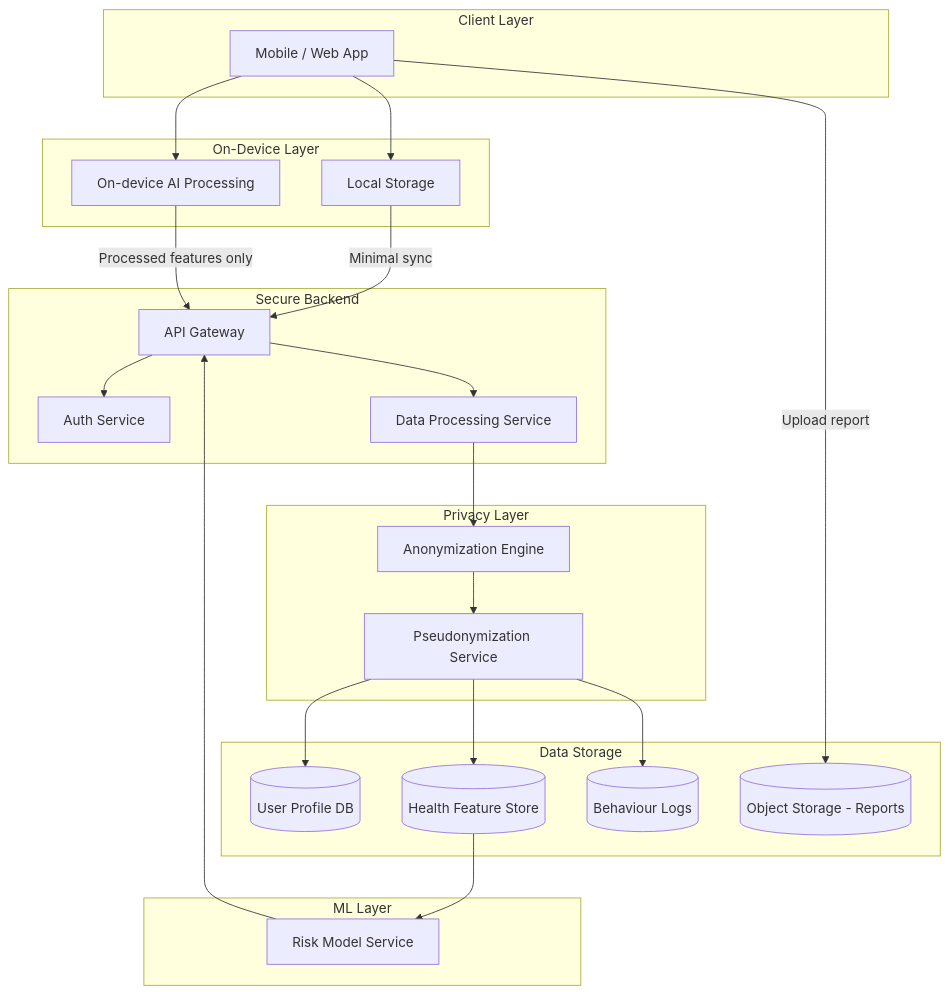
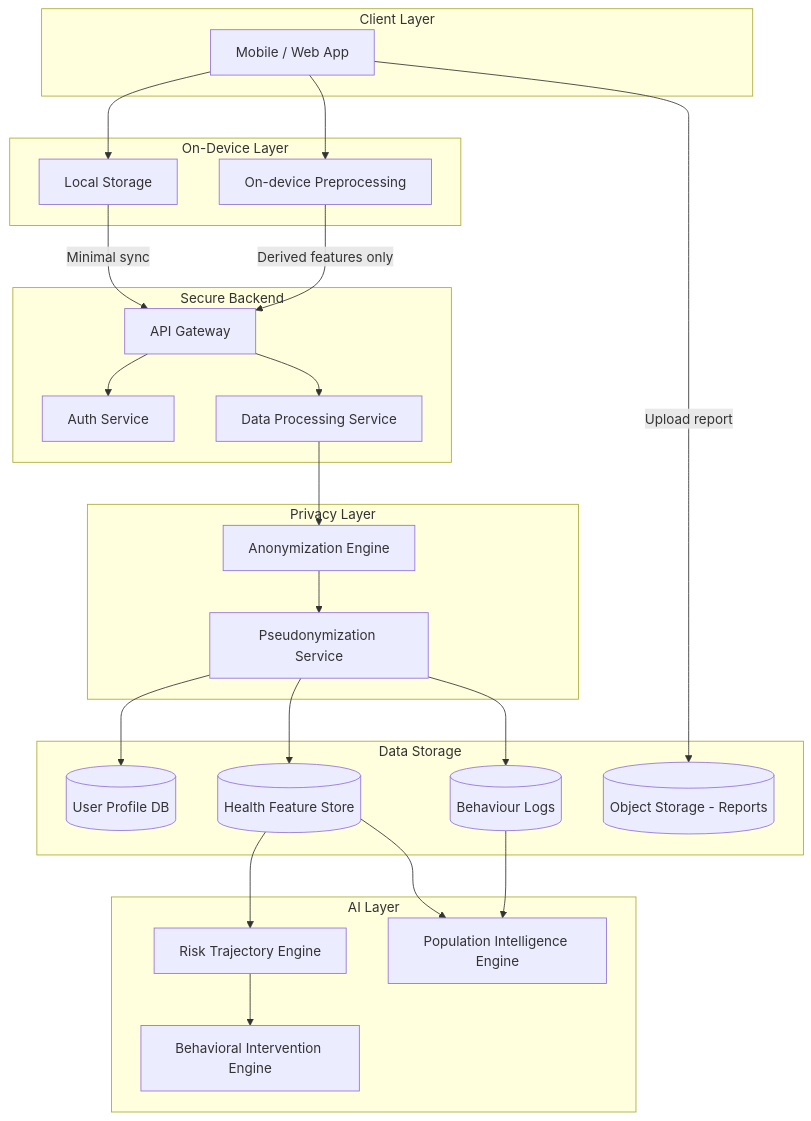
The third of 6 diagrams in README.md (patorsiang/synchealth-remission), drawn with Mermaid before and after one commit. The commit also changed other lines of this file, not shown here.

````diff
--- a/README.md
+++ b/README.md
@@ -189,57 +430,57 @@
 ```mermaid
-
 flowchart TB
 
 subgraph Client Layer
 A[Mobile / Web App]
 end
 
 subgraph On-Device Layer
 B[Local Storage]
-C[On-device AI Processing]
+C[On-device Preprocessing]
 end
 
 subgraph Secure Backend
 D[API Gateway]
 E[Auth Service]
 F[Data Processing Service]
 end
 
 subgraph Privacy Layer
 G[Anonymization Engine]
 H[Pseudonymization Service]
 end
 
 subgraph Data Storage
 I[(User Profile DB)]
 J[(Health Feature Store)]
 K[(Behaviour Logs)]
 L[(Object Storage - Reports)]
 end
 
-subgraph ML Layer
-M[Risk Model Service]
+subgraph AI Layer
+M[Risk Trajectory Engine]
+N[Behavioral Intervention Engine]
+O[Population Intelligence Engine]
 end
 
 A --> B
 A --> C
-
 B -->|Minimal sync| D
-C -->|Processed features only| D
+C -->|Derived features only| D
 
 D --> E
 D --> F
 
 F --> G
 G --> H
 
 H --> I
 H --> J
 H --> K
-
 A -->|Upload report| L
 
 J --> M
-M --> D
-
+M --> N
+K --> O
+J --> O
 ```
````
